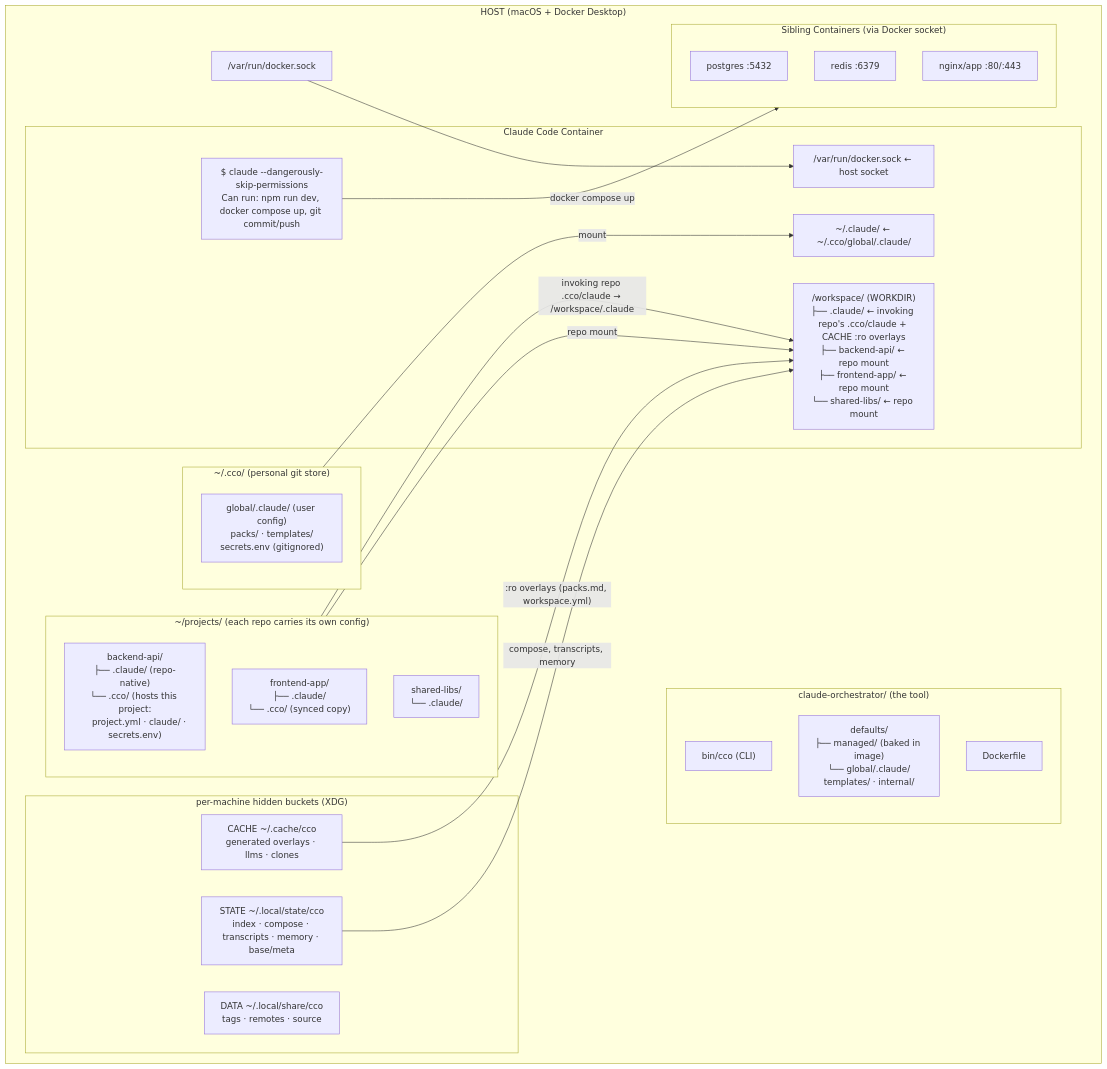
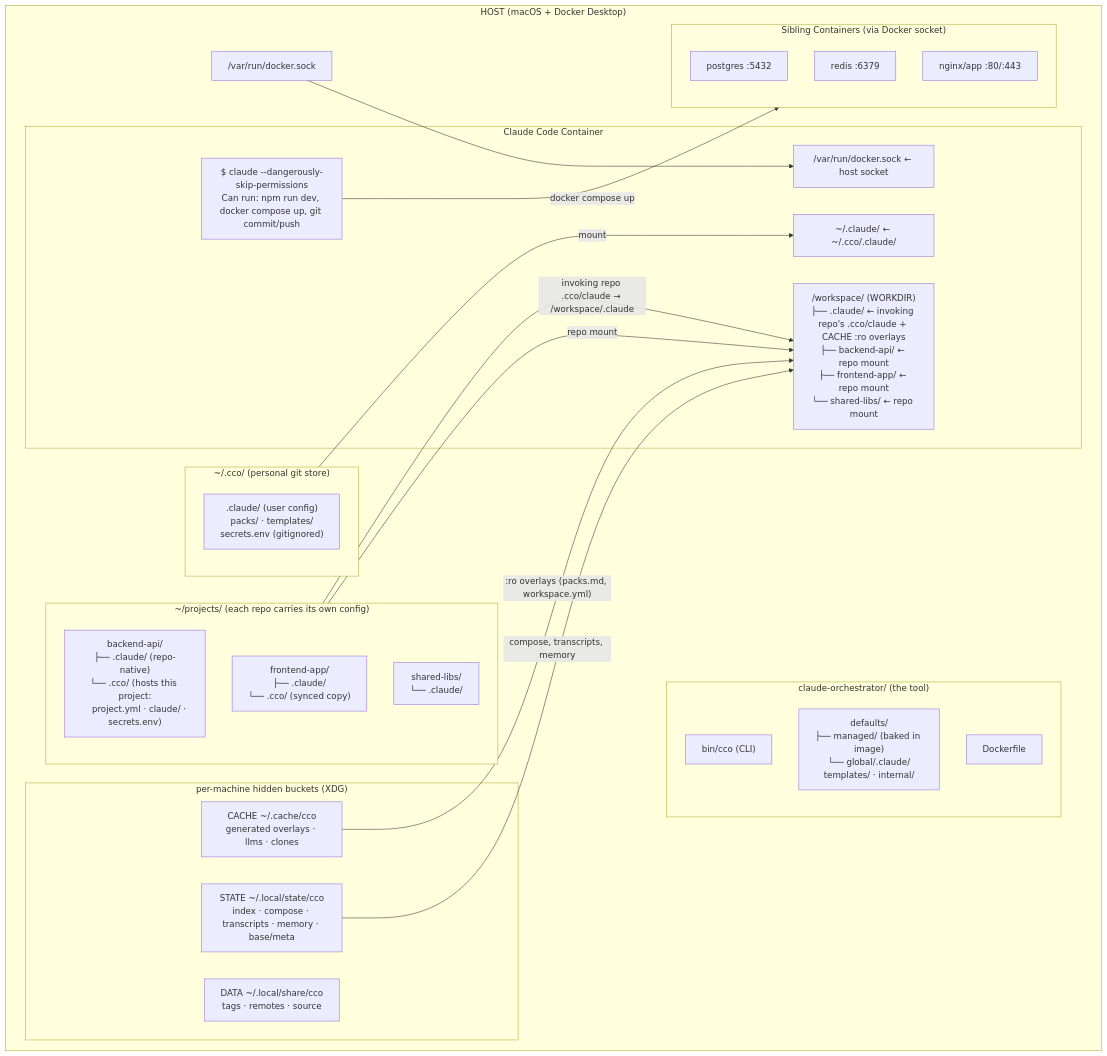
One commit to alergyonthestage/claude-orchestrator changed the first of 5 diagrams in docs/maintainers/foundation/design/architecture.md. Above: the diagram before and after it, drawn with Mermaid. The commit also changed other lines of this file and 23 other files, not shown here.

First line of the commit message:
docs: flatten ~/.cco/global/.claude -> ~/.cco/.claude across shipped + living docs

````diff
--- a/docs/maintainers/foundation/design/architecture.md
+++ b/docs/maintainers/foundation/design/architecture.md
@@ -11,49 +11,49 @@
 ```mermaid
 graph TB
     subgraph HOST ["HOST (macOS + Docker Desktop)"]
         subgraph CCO ["claude-orchestrator/ (the tool)"]
             CLI["bin/cco (CLI)"]
             DEFAULTS["defaults/<br/>├── managed/ (baked in image)<br/>└── global/.claude/<br/>templates/ · internal/"]
             DOCKERFILE[Dockerfile]
         end
 
         subgraph GLOBALSTORE ["~/.cco/ (personal git store)"]
-            GLOBAL["global/.claude/ (user config)<br/>packs/ · templates/<br/>secrets.env (gitignored)"]
+            GLOBAL[".claude/ (user config)<br/>packs/ · templates/<br/>secrets.env (gitignored)"]
         end
 
         subgraph SYS ["per-machine hidden buckets (XDG)"]
             STATE["STATE ~/.local/state/cco<br/>index · compose · transcripts · memory · base/meta"]
             CACHE["CACHE ~/.cache/cco<br/>generated overlays · llms · clones"]
             DATA["DATA ~/.local/share/cco<br/>tags · remotes · source"]
         end
 
         subgraph REPOS ["~/projects/ (each repo carries its own config)"]
             BACKEND["backend-api/<br/>├── .claude/ (repo-native)<br/>└── .cco/ (hosts this project:<br/>    project.yml · claude/ · secrets.env)"]
             FRONTEND["frontend-app/<br/>├── .claude/<br/>└── .cco/ (synced copy)"]
             SHARED["shared-libs/<br/>└── .claude/"]
         end
 
         SOCKET["/var/run/docker.sock"]
 
         subgraph CONTAINER ["Claude Code Container"]
-            DOTCLAUDE["~/.claude/ ← ~/.cco/global/.claude/"]
+            DOTCLAUDE["~/.claude/ ← ~/.cco/.claude/"]
             WORKSPACE["/workspace/ (WORKDIR)<br/>├── .claude/ ← invoking repo's .cco/claude + CACHE :ro overlays<br/>├── backend-api/ ← repo mount<br/>├── frontend-app/ ← repo mount<br/>└── shared-libs/ ← repo mount"]
             DOCKSOCK["/var/run/docker.sock ← host socket"]
             CLAUDE["$ claude --dangerously-skip-permissions<br/>Can run: npm run dev, docker compose up, git commit/push"]
         end
 
         subgraph SIBLINGS ["Sibling Containers (via Docker socket)"]
             PG["postgres :5432"]
             REDIS["redis :6379"]
             NGINX["nginx/app :80/:443"]
         end
     end
 
     SOCKET --> DOCKSOCK
     GLOBALSTORE -->|mount| DOTCLAUDE
     REPOS -->|"invoking repo .cco/claude → /workspace/.claude"| WORKSPACE
     CACHE -->|":ro overlays (packs.md, workspace.yml)"| WORKSPACE
     STATE -->|"compose, transcripts, memory"| WORKSPACE
     REPOS -->|"repo mount"| WORKSPACE
     CLAUDE -->|"docker compose up"| SIBLINGS
 ```
````
